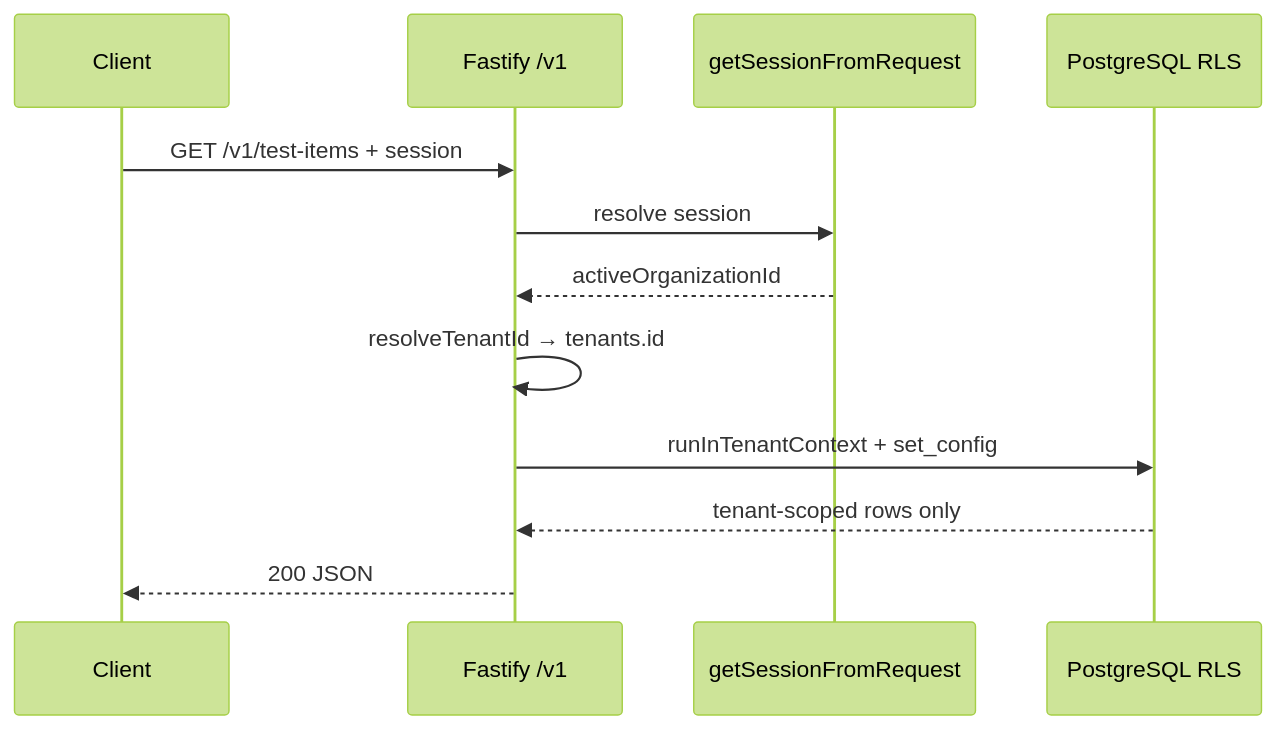
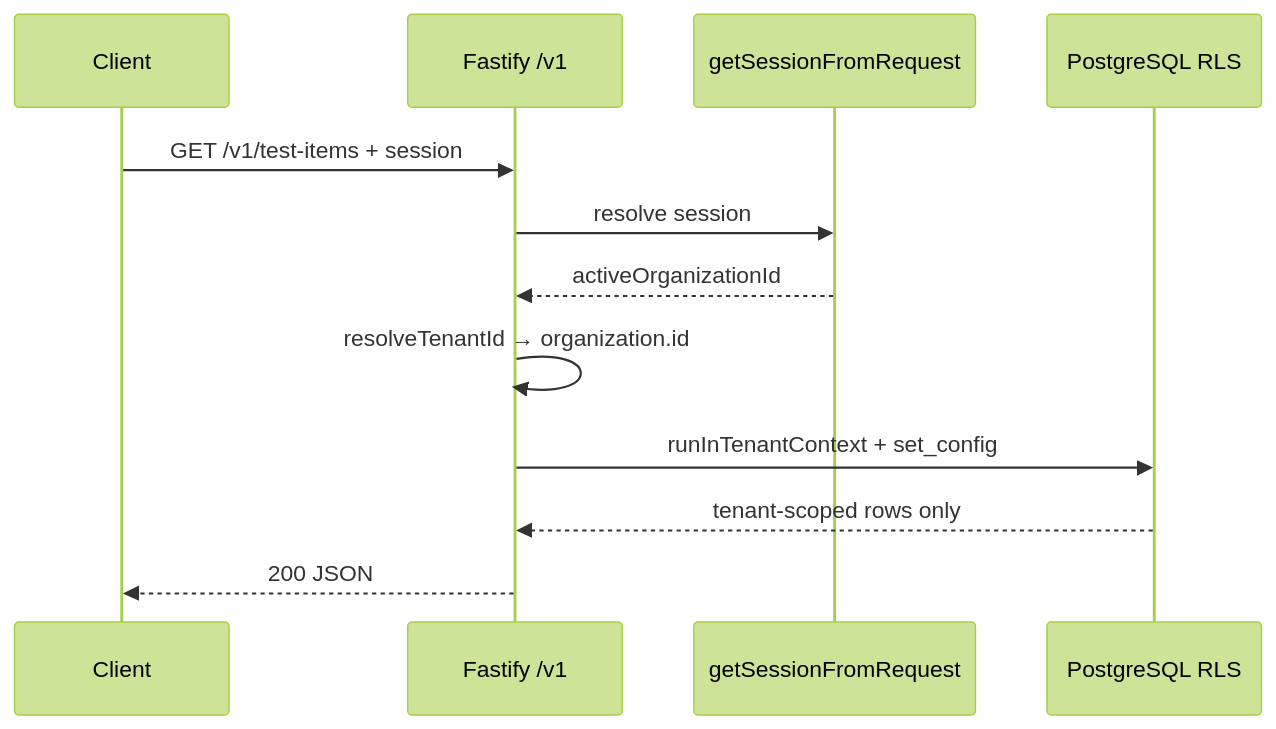
Before and after one commit to MAGAIVERH/propai-os: the diagram in docs/adr/001-rls-multi-tenancy.md, drawn with Mermaid (forest theme). The commit also changed other lines of this file and 10 other files, not shown here.

````diff
--- a/docs/adr/001-rls-multi-tenancy.md
+++ b/docs/adr/001-rls-multi-tenancy.md
@@ -111,15 +111,15 @@
 ```mermaid
 sequenceDiagram
   participant Client
   participant API as Fastify /v1
   participant Auth as getSessionFromRequest
   participant DB as PostgreSQL RLS
 
   Client->>API: GET /v1/test-items + session
   API->>Auth: resolve session
   Auth-->>API: activeOrganizationId
-  API->>API: resolveTenantId → tenants.id
+  API->>API: resolveTenantId → organization.id
   API->>DB: runInTenantContext + set_config
   DB-->>API: tenant-scoped rows only
   API-->>Client: 200 JSON
 ```
````
